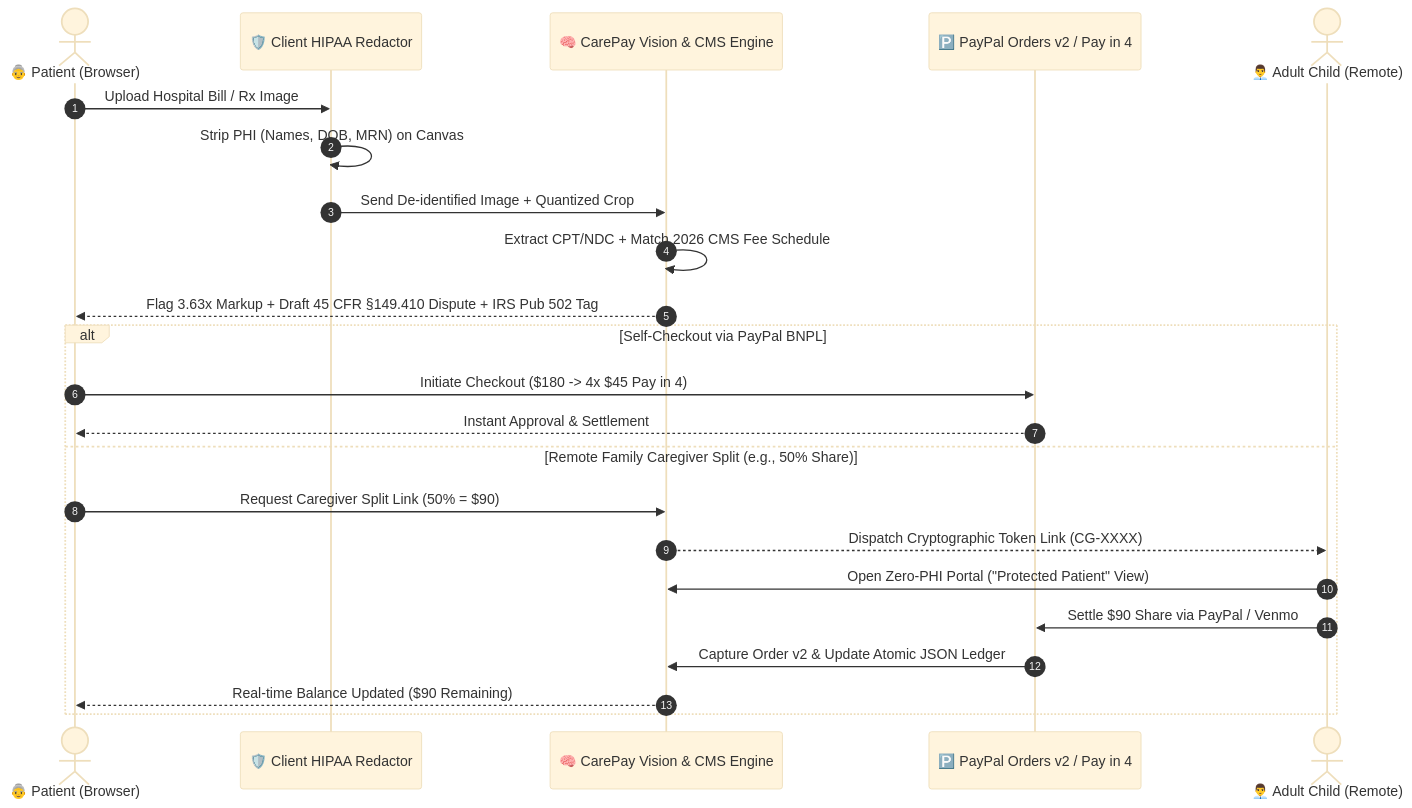
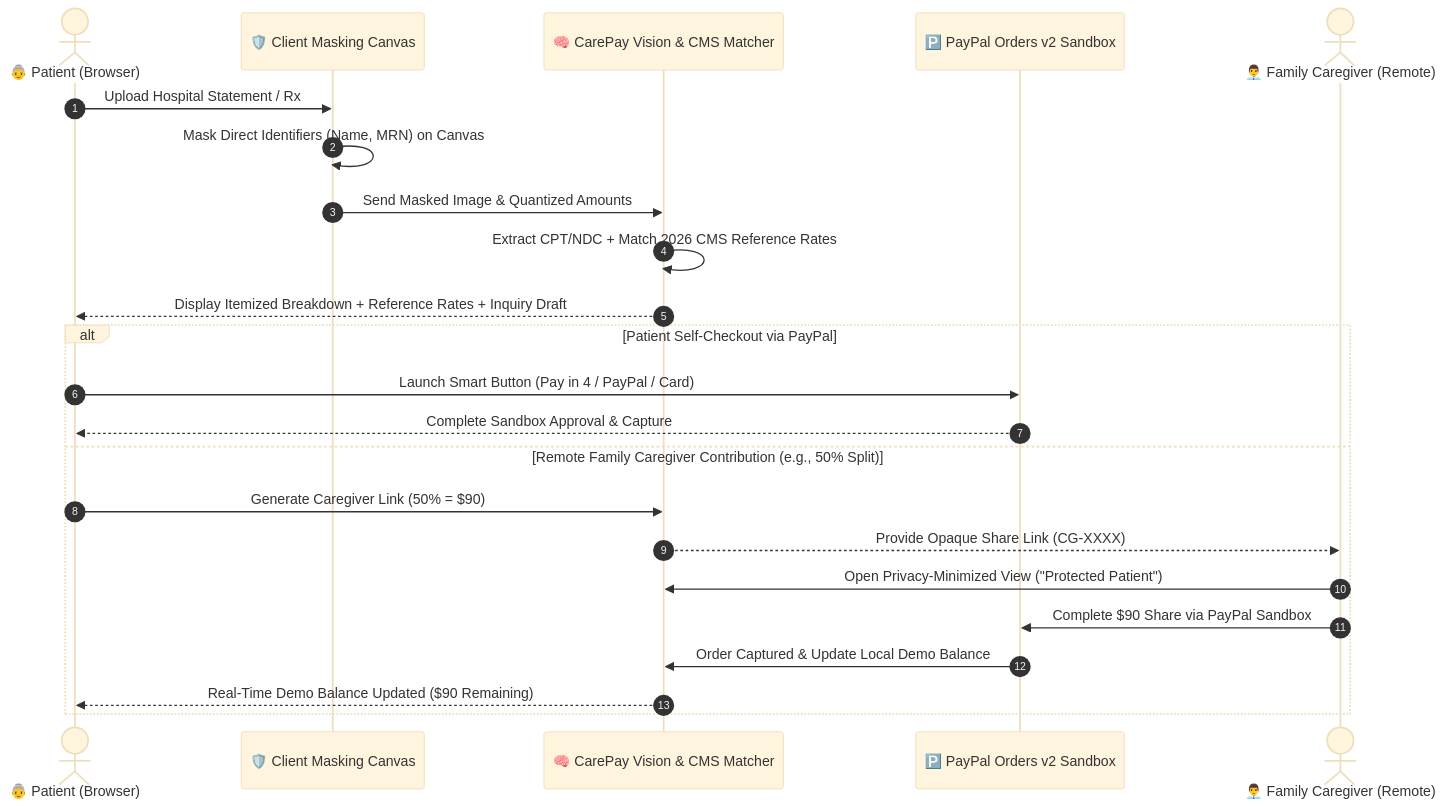
The second of 2 diagrams in README.md (Lainholic/CareFree), drawn with Mermaid (base theme) before and after one commit. The commit also changed other lines of this file, not shown here.

````diff
--- a/README.md
+++ b/README.md
@@ -57,27 +56,27 @@
 ```mermaid
 sequenceDiagram
     autonumber
     actor Patient as 👵 Patient (Browser)
-    participant Edge as 🛡️ Client HIPAA Redactor
-    participant AI as 🧠 CarePay Vision & CMS Engine
-    participant PayPal as 🅿️ PayPal Orders v2 / Pay in 4
-    actor Caregiver as 👨‍💼 Adult Child (Remote)
+    participant Edge as 🛡️ Client Masking Canvas
+    participant AI as 🧠 CarePay Vision & CMS Matcher
+    participant PayPal as 🅿️ PayPal Orders v2 Sandbox
+    actor Caregiver as 👨‍💼 Family Caregiver (Remote)
 
-    Patient->>Edge: Upload Hospital Bill / Rx Image
-    Edge->>Edge: Strip PHI (Names, DOB, MRN) on Canvas
-    Edge->>AI: Send De-identified Image + Quantized Crop
-    AI->>AI: Extract CPT/NDC + Match 2026 CMS Fee Schedule
-    AI-->>Patient: Flag 3.63x Markup + Draft 45 CFR §149.410 Dispute + IRS Pub 502 Tag
+    Patient->>Edge: Upload Hospital Statement / Rx
+    Edge->>Edge: Mask Direct Identifiers (Name, MRN) on Canvas
+    Edge->>AI: Send Masked Image & Quantized Amounts
+    AI->>AI: Extract CPT/NDC + Match 2026 CMS Reference Rates
+    AI-->>Patient: Display Itemized Breakdown + Reference Rates + Inquiry Draft
     
-    alt Self-Checkout via PayPal BNPL
-        Patient->>PayPal: Initiate Checkout ($180 -> 4x $45 Pay in 4)
-        PayPal-->>Patient: Instant Approval & Settlement
-    else Remote Family Caregiver Split (e.g., 50% Share)
-        Patient->>AI: Request Caregiver Split Link (50% = $90)
-        AI-->>Caregiver: Dispatch Cryptographic Token Link (CG-XXXX)
-        Caregiver->>AI: Open Zero-PHI Portal ("Protected Patient" View)
-        Caregiver->>PayPal: Settle $90 Share via PayPal / Venmo
-        PayPal->>AI: Capture Order v2 & Update Atomic JSON Ledger
-        AI-->>Patient: Real-time Balance Updated ($90 Remaining)
+    alt Patient Self-Checkout via PayPal
+        Patient->>PayPal: Launch Smart Button (Pay in 4 / PayPal / Card)
+        PayPal-->>Patient: Complete Sandbox Approval & Capture
+    else Remote Family Caregiver Contribution (e.g., 50% Split)
+        Patient->>AI: Generate Caregiver Link (50% = $90)
+        AI-->>Caregiver: Provide Opaque Share Link (CG-XXXX)
+        Caregiver->>AI: Open Privacy-Minimized View ("Protected Patient")
+        Caregiver->>PayPal: Complete $90 Share via PayPal Sandbox
+        PayPal->>AI: Order Captured & Update Local Demo Balance
+        AI-->>Patient: Real-Time Demo Balance Updated ($90 Remaining)
     end
 ```
````
